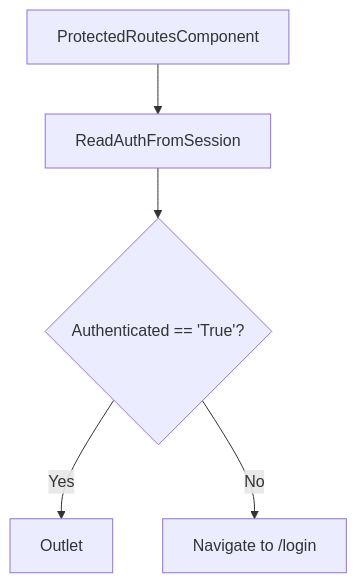
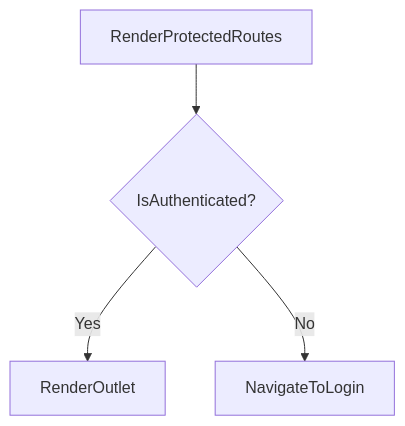
Before and after one commit to test-company-prowiz/Easy-Repo: the diagram in docs/grms-frontend/src/ProtectedRoutes/ProtectedRoutes.tsx.md, drawn with Mermaid. The commit also changed other lines of this file, not shown here.

Commit message:
docs: auto-generated documentation for docs/grms-frontend/src/ProtectedRoutes/ProtectedRoutes.tsx.md

````diff
--- a/docs/grms-frontend/src/ProtectedRoutes/ProtectedRoutes.tsx.md
+++ b/docs/grms-frontend/src/ProtectedRoutes/ProtectedRoutes.tsx.md
@@ -34,7 +35,6 @@
 ```mermaid
 graph TD
-ProtectedRoutesComponent --> ReadAuthFromSession
-ReadAuthFromSession --> CheckAuthStatus{Authenticated == 'True'?}
-CheckAuthStatus -- Yes --> RenderChildRoutes[Outlet]
-CheckAuthStatus -- No --> RedirectToLogin[Navigate to /login]
+A[RenderProtectedRoutes] --> B{IsAuthenticated?};
+B -- Yes --> C[RenderOutlet];
+B -- No --> D[NavigateToLogin];
 ```
````
